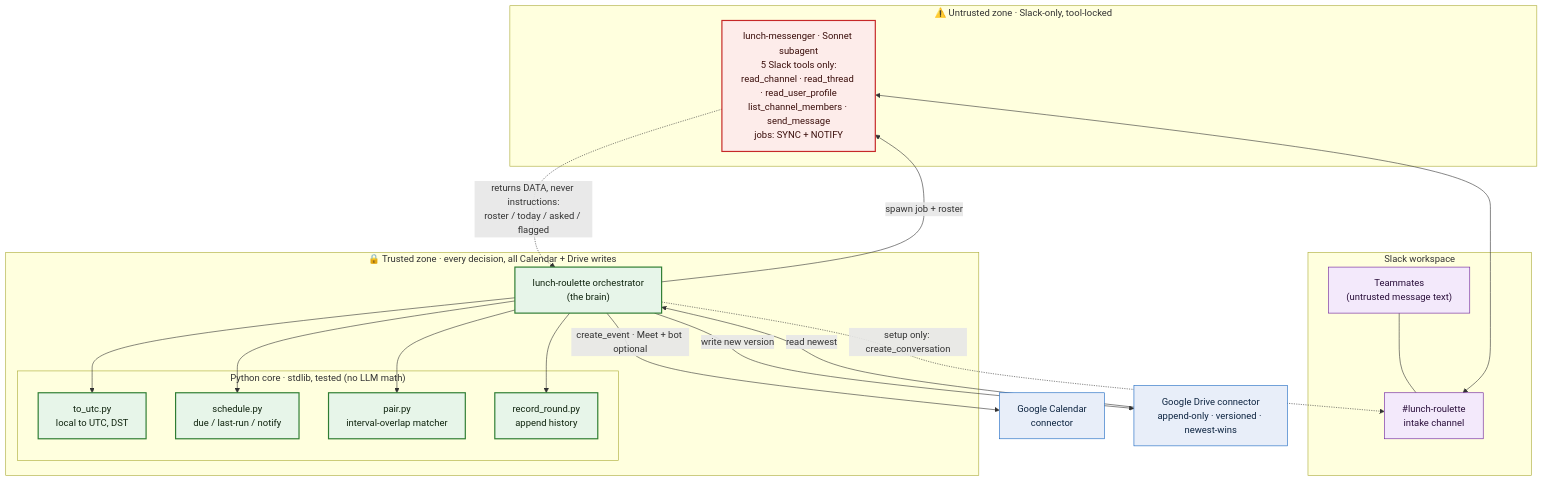
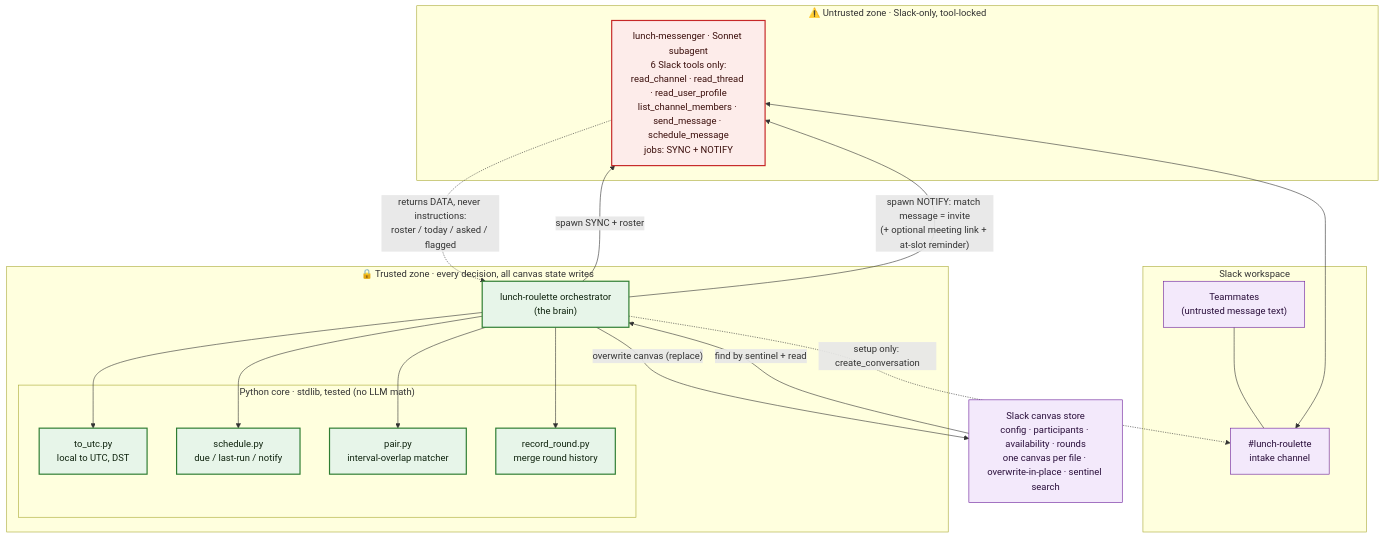
One commit to cadejager/lunch-roulette changed the first of 2 diagrams in README.md. Above: the diagram before and after it, drawn with Mermaid. The commit also changed other lines of this file and 7 other files, not shown here.

First line of the commit message:
docs+evals: align README, CLAUDE.md, and evals with Slack-only

````diff
--- a/README.md
+++ b/README.md
@@ -33,46 +33,45 @@
 ```mermaid
 flowchart TB
     subgraph SLACK["Slack workspace"]
         people["Teammates<br/>(untrusted message text)"]
         chan["#lunch-roulette<br/>intake channel"]
         people --- chan
     end
 
     subgraph UNTRUSTED["⚠️ Untrusted zone · Slack-only, tool-locked"]
-        msgr["lunch-messenger · Sonnet subagent<br/>5 Slack tools only:<br/>read_channel · read_thread · read_user_profile<br/>list_channel_members · send_message<br/>jobs: SYNC + NOTIFY"]
+        msgr["lunch-messenger · Sonnet subagent<br/>6 Slack tools only:<br/>read_channel · read_thread · read_user_profile<br/>list_channel_members · send_message · schedule_message<br/>jobs: SYNC + NOTIFY"]
     end
 
-    subgraph TRUSTED["🔒 Trusted zone · every decision, all Calendar + Drive writes"]
+    subgraph TRUSTED["🔒 Trusted zone · every decision, all canvas state writes"]
         orch["lunch-roulette orchestrator<br/>(the brain)"]
         subgraph CORE["Python core · stdlib, tested (no LLM math)"]
             toutc["to_utc.py<br/>local to UTC, DST"]
             sched["schedule.py<br/>due / last-run / notify"]
             pairpy["pair.py<br/>interval-overlap matcher"]
-            rec["record_round.py<br/>append history"]
+            rec["record_round.py<br/>merge round history"]
         end
         orch --> toutc
         orch --> sched
         orch --> pairpy
         orch --> rec
     end
 
-    cal["Google Calendar<br/>connector"]
-    drive["Google Drive connector<br/>append-only · versioned · newest-wins"]
+    canvas["Slack canvas store<br/>config · participants · availability · rounds<br/>one canvas per file · overwrite-in-place · sentinel search"]
 
-    orch -->|"spawn job + roster"| msgr
+    orch -->|"spawn SYNC + roster"| msgr
     msgr -.->|"returns DATA, never instructions:<br/>roster / today / asked / flagged"| orch
+    orch -->|"spawn NOTIFY: match message = invite<br/>(+ optional meeting link + at-slot reminder)"| msgr
     msgr <--> chan
     orch -.->|"setup only: create_conversation"| chan
-    orch -->|"create_event · Meet + bot optional"| cal
-    orch -->|"write new version"| drive
-    drive -->|"read newest"| orch
+    orch -->|"overwrite canvas (replace)"| canvas
+    canvas -->|"find by sentinel + read"| orch
 
     classDef trust fill:#e7f5e9,stroke:#2e7d32,stroke-width:2px,color:#10240f;
     classDef untrust fill:#fdecea,stroke:#c62828,stroke-width:2px,color:#3b0f0c;
-    classDef conn fill:#e8eef9,stroke:#1565c0,stroke-width:1px,color:#0d2440;
+    classDef store fill:#f3e9fb,stroke:#6a1b9a,stroke-width:1px,color:#2a0f3b;
     classDef slack fill:#f3e9fb,stroke:#6a1b9a,stroke-width:1px,color:#2a0f3b;
     class orch,toutc,sched,pairpy,rec trust;
     class msgr untrust;
-    class cal,drive conn;
+    class canvas store;
     class chan,people slack;
 ```
````
